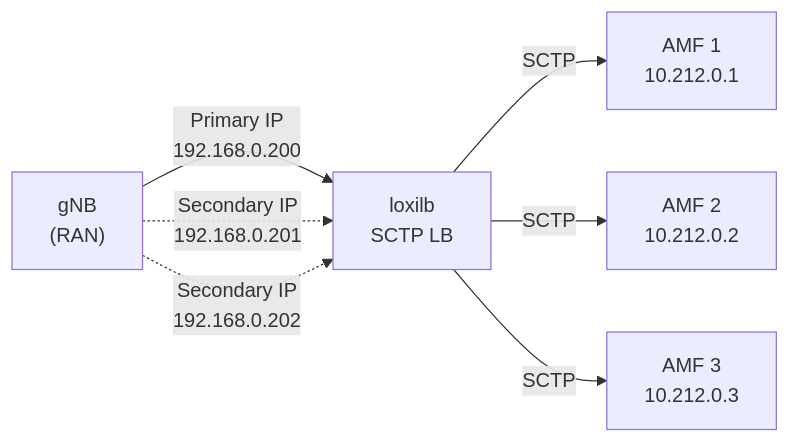
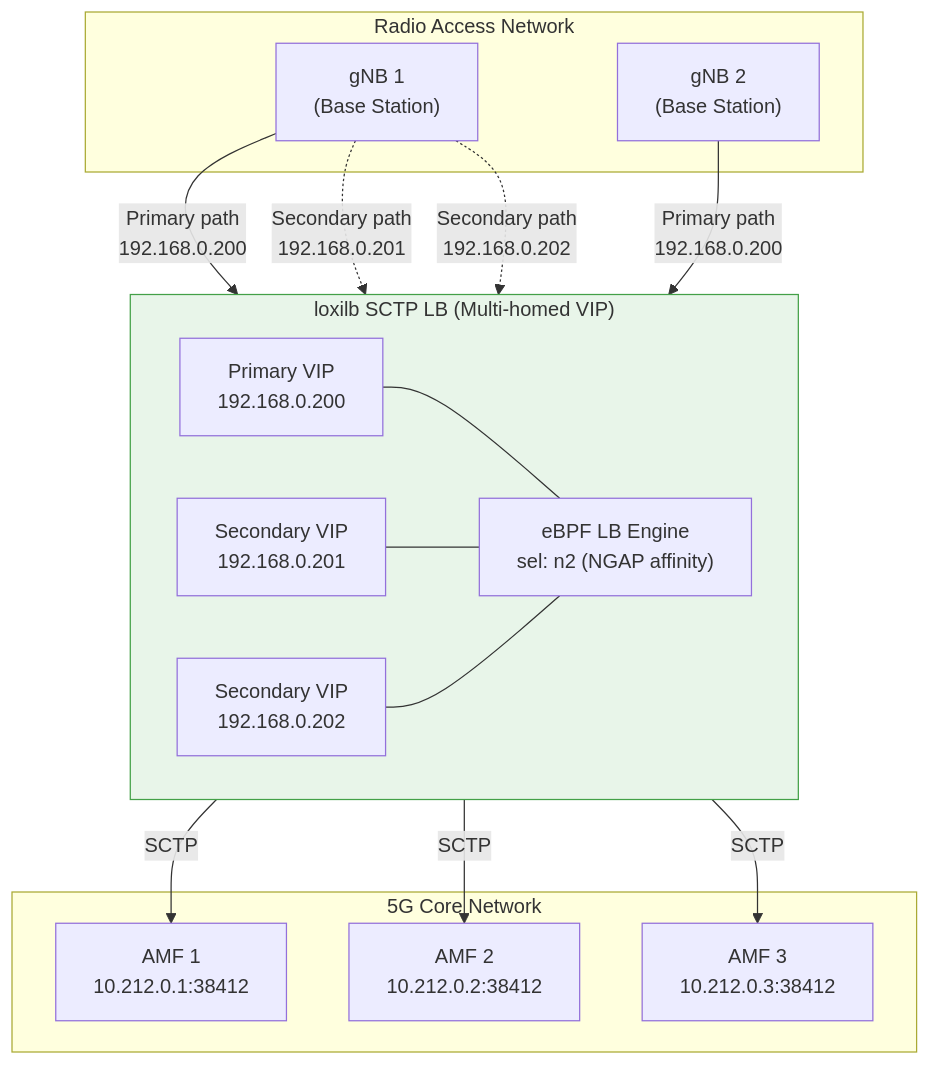
The first of 4 diagrams in docs/network-gateway/sctp-multihoming.md (NLX-SeokHwanKong/loxilbdocs), drawn with Mermaid before and after one commit. The commit also changed other lines of this file, not shown here.

First line of the commit message:
docs(12-03): enhance SCTP multi-homing with telco internals and 5G deployment scenarios

````diff
--- a/docs/network-gateway/sctp-multihoming.md
+++ b/docs/network-gateway/sctp-multihoming.md
@@ -22,9 +19,35 @@
 ```mermaid
-flowchart LR
-    A["gNB\n(RAN)"] -->|"Primary IP\n192.168.0.200"| B["loxilb\nSCTP LB"]
-    A -.->|"Secondary IP\n192.168.0.201"| B
-    A -.->|"Secondary IP\n192.168.0.202"| B
-    B -->|"SCTP"| C["AMF 1\n10.212.0.1"]
-    B -->|"SCTP"| D["AMF 2\n10.212.0.2"]
-    B -->|"SCTP"| E["AMF 3\n10.212.0.3"]
+flowchart TB
+    subgraph ran ["Radio Access Network"]
+        GNB1["gNB 1\n(Base Station)"]
+        GNB2["gNB 2\n(Base Station)"]
+    end
+
+    subgraph loxilb_mh ["loxilb SCTP LB (Multi-homed VIP)"]
+        direction LR
+        PRI["Primary VIP\n192.168.0.200"]
+        SEC1["Secondary VIP\n192.168.0.201"]
+        SEC2["Secondary VIP\n192.168.0.202"]
+        LB_ENGINE["eBPF LB Engine\nsel: n2 (NGAP affinity)"]
+        PRI --- LB_ENGINE
+        SEC1 --- LB_ENGINE
+        SEC2 --- LB_ENGINE
+    end
+
+    subgraph core ["5G Core Network"]
+        AMF1["AMF 1\n10.212.0.1:38412"]
+        AMF2["AMF 2\n10.212.0.2:38412"]
+        AMF3["AMF 3\n10.212.0.3:38412"]
+    end
+
+    GNB1 -->|"Primary path\n192.168.0.200"| PRI
+    GNB1 -.->|"Secondary path\n192.168.0.201"| SEC1
+    GNB1 -.->|"Secondary path\n192.168.0.202"| SEC2
+    GNB2 -->|"Primary path\n192.168.0.200"| PRI
+
+    LB_ENGINE -->|"SCTP"| AMF1
+    LB_ENGINE -->|"SCTP"| AMF2
+    LB_ENGINE -->|"SCTP"| AMF3
+
+    style loxilb_mh fill:#e8f5e9,stroke:#43a047
 ```
````
